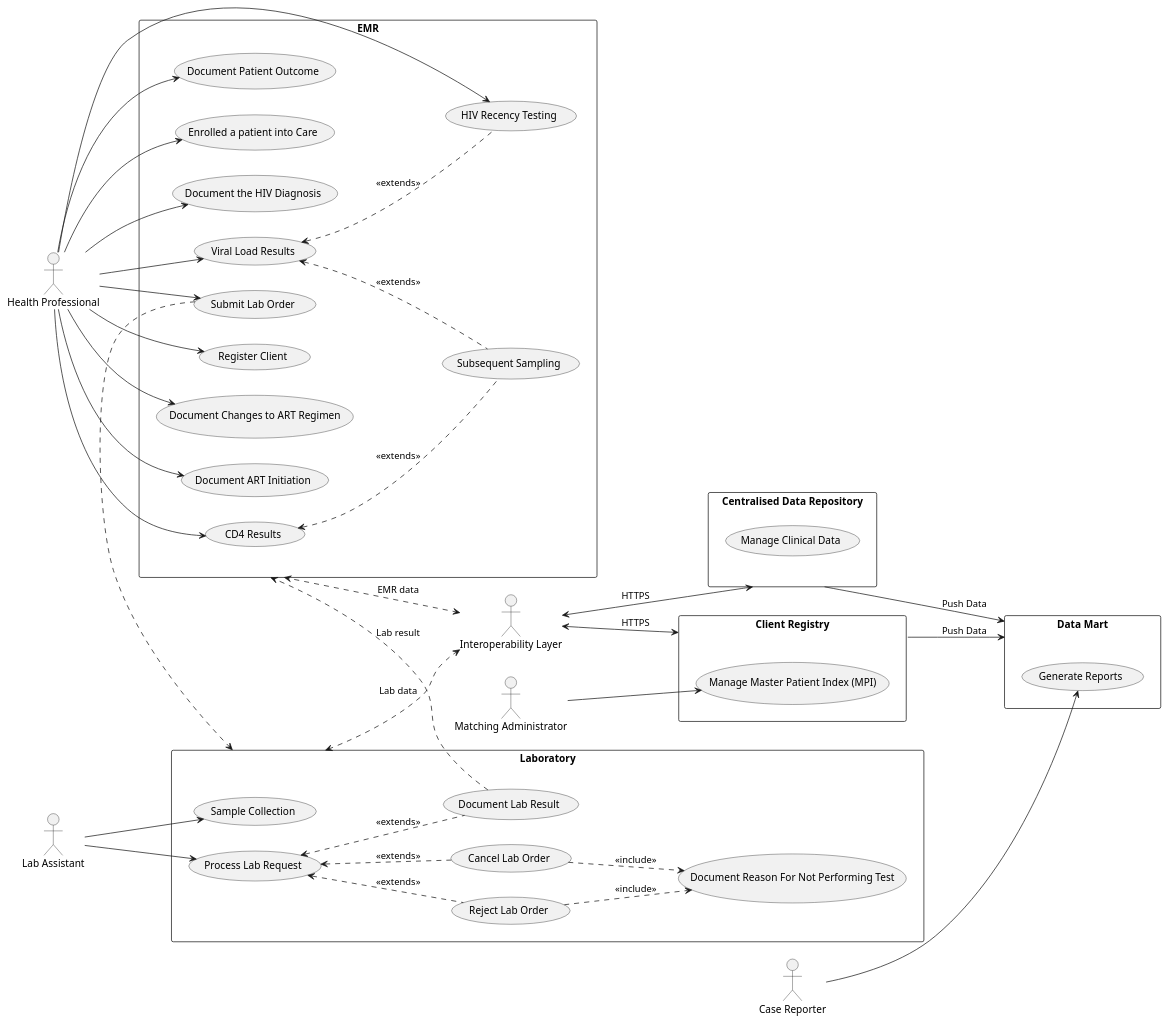
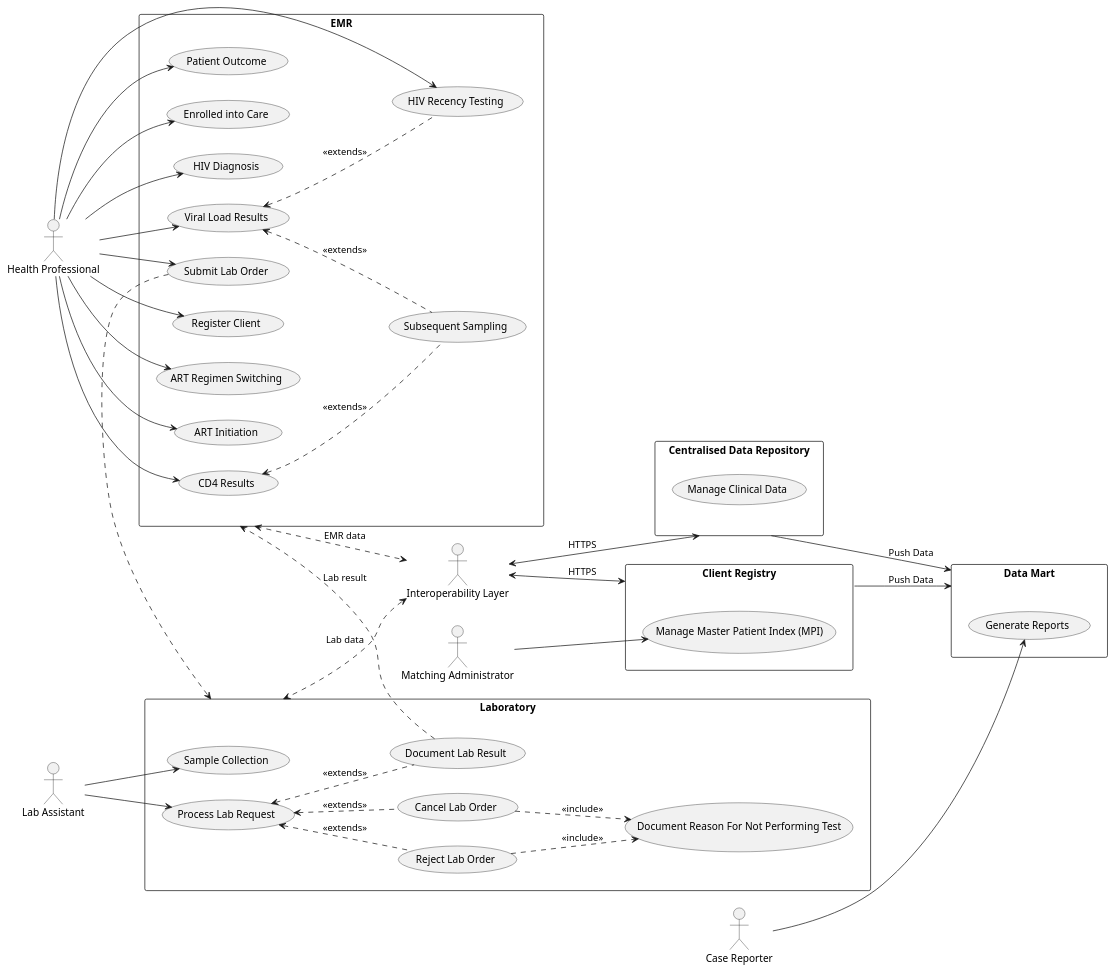
Before and after one commit to openhie/HIV-CBS: the diagram in input/images-source/uses-cases.pu, drawn with PlantUML. The commit also changed 1 other file, not shown here.

```diff
--- a/input/images-source/uses-cases.pu
+++ b/input/images-source/uses-cases.pu
@@ -1,89 +1,89 @@
 @startuml UseCaseDiagram
 left to right direction
 actor "Health Professional" as professional
 rectangle EMR {
   usecase "Register Client" as UC1
-  usecase "Document Changes to ART Regimen" as UC2
-  usecase "Document ART Initiation" as UC3
+  usecase "ART Regimen Switching" as UC2
+  usecase "ART Initiation" as UC3
   usecase "CD4 Results" as UC4
-  usecase "Document Patient Outcome" as UC5
-  usecase "Enrolled a patient into Care" as UC6
-  usecase "Document the HIV Diagnosis" as UC7
+  usecase "Patient Outcome" as UC5
+  usecase "Enrolled into Care" as UC6
+  usecase "HIV Diagnosis" as UC7
   usecase "Viral Load Results" as UC8
   usecase "Subsequent Sampling" as UC9
   usecase "Submit Lab Order" as UC10
   usecase "HIV Recency Testing" as UC11
 }
 
 professional --> UC1
 professional --> UC2
 professional --> UC3
 professional --> UC4
 professional --> UC5
 professional --> UC6
 professional --> UC7
 professional --> UC8
 professional --> UC10
 professional --> UC11
 
 (UC4) <.. (UC9) : "<<extends>>"
 (UC8) <.. (UC9) : "<<extends>>"
 (UC8) <.. (UC11) : "<<extends>>"
 
 
 actor "Lab Assistant" as labAssistant
 rectangle Laboratory {
   usecase "Sample Collection" as UC14
   usecase "Process Lab Request" as UC15
   usecase "Document Lab Result" as UC16
   usecase "Reject Lab Order" as UC17
   usecase "Cancel Lab Order" as UC18
   usecase "Document Reason For Not Performing Test" as UC19
 }
 
 labAssistant --> UC14
 labAssistant --> UC15
 
 
 (UC15) <.. (UC16) : "<<extends>>"
 (UC15) <.. (UC17) : "<<extends>>"
 (UC15) <.. (UC18) : "<<extends>>"
 
 (UC18) ..> (UC19) : "<<include>>"
 (UC17) ..> (UC19) : "<<include>>"
 
 (UC10) ..> Laboratory
 
 (UC16) ..> EMR : "Lab result"
 
 actor "Interoperability Layer" as iol
 rectangle "Centralised Data Repository" as cdr {
   usecase "Manage Clinical Data" as UC20
 }
 
 iol <--> cdr : "HTTPS"
 
 EMR <..> iol : "EMR data"
 Laboratory <..> iol : "Lab data"
 
 
 actor "Matching Administrator" as macthingAdmin
 rectangle "Client Registry" as cr {
   usecase "Manage Master Patient Index (MPI)" as UC21
 }
 
 macthingAdmin --> UC21
 
 iol <--> cr : "HTTPS"
 
 actor "Case Reporter" as caseReporter
 rectangle "Data Mart" as dm {
   usecase "Generate Reports" as UC22
 }
 
 caseReporter --> UC22
 
 cdr --> dm : "Push Data"
 cr --> dm : "Push Data"
 
 @enduml
```
